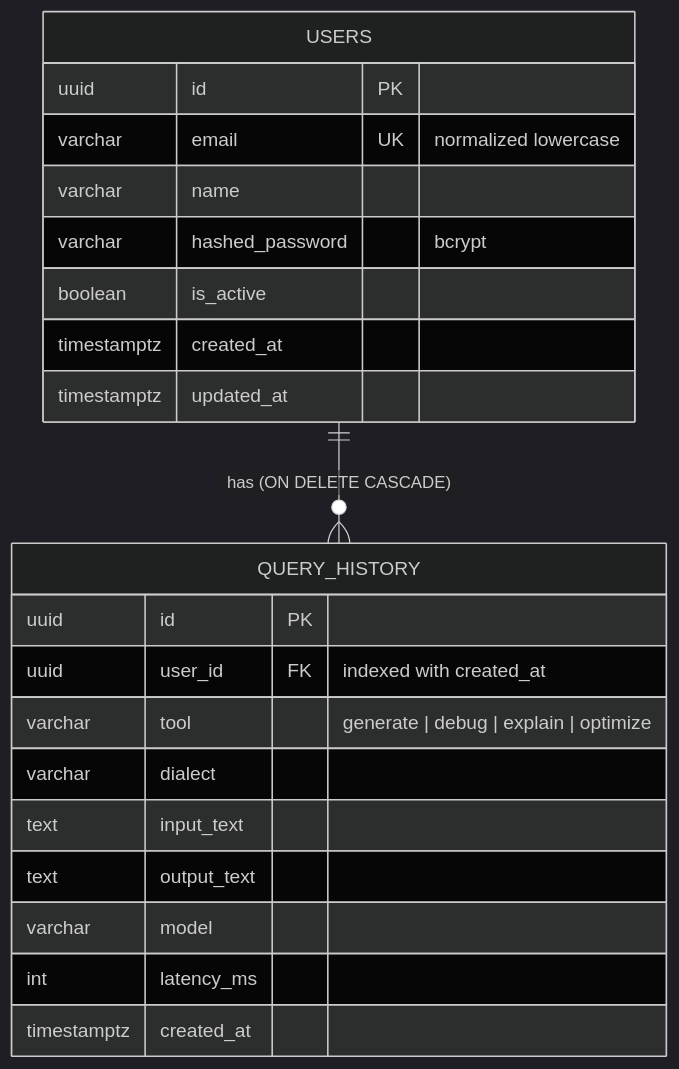
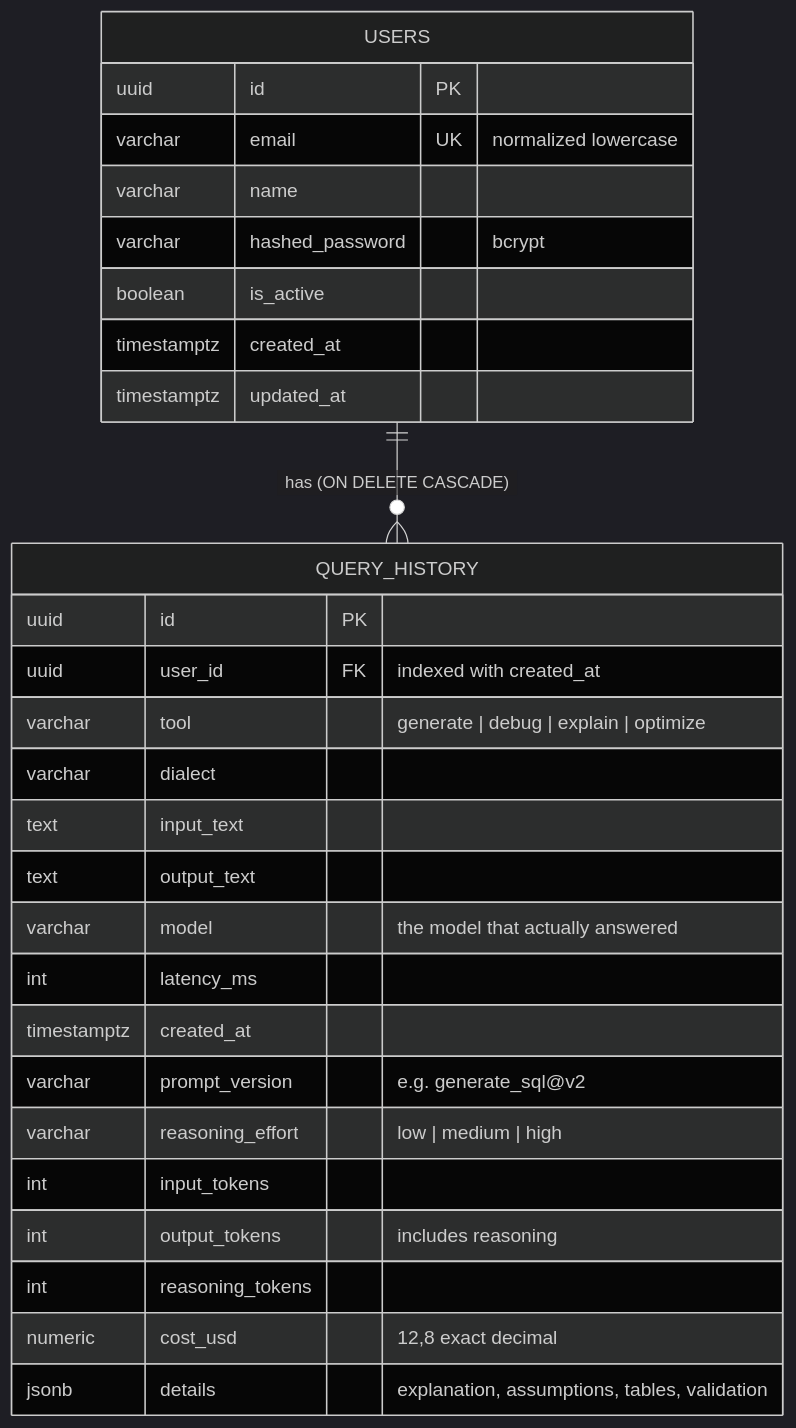
Before and after one commit to TanmayDeshpande29/AI-powered-SQL-Assistant: the sixth of 9 diagrams in README.md, drawn with Mermaid (dark theme). The commit also changed other lines of this file and 35 other files, not shown here.

First line of the commit message:
Phase 1: LLM layer (structured output, validation, streaming, cost, resilience)

````diff
--- a/README.md
+++ b/README.md
@@ -154,24 +180,31 @@
 ```mermaid
 erDiagram
     USERS ||--o{ QUERY_HISTORY : "has (ON DELETE CASCADE)"
     USERS {
         uuid id PK
         varchar email UK "normalized lowercase"
         varchar name
         varchar hashed_password "bcrypt"
         boolean is_active
         timestamptz created_at
         timestamptz updated_at
     }
     QUERY_HISTORY {
         uuid id PK
         uuid user_id FK "indexed with created_at"
         varchar tool "generate | debug | explain | optimize"
         varchar dialect
         text input_text
         text output_text
-        varchar model
+        varchar model "the model that actually answered"
         int latency_ms
         timestamptz created_at
+        varchar prompt_version "e.g. generate_sql@v2"
+        varchar reasoning_effort "low | medium | high"
+        int input_tokens
+        int output_tokens "includes reasoning"
+        int reasoning_tokens
+        numeric cost_usd "12,8 exact decimal"
+        jsonb details "explanation, assumptions, tables, validation"
     }
 ```
````
